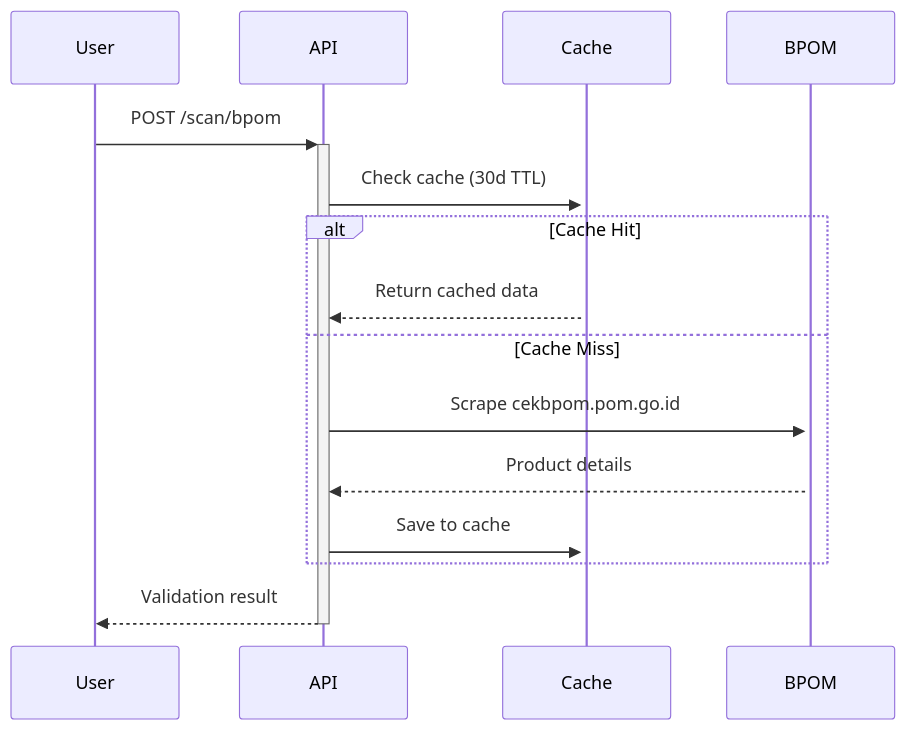
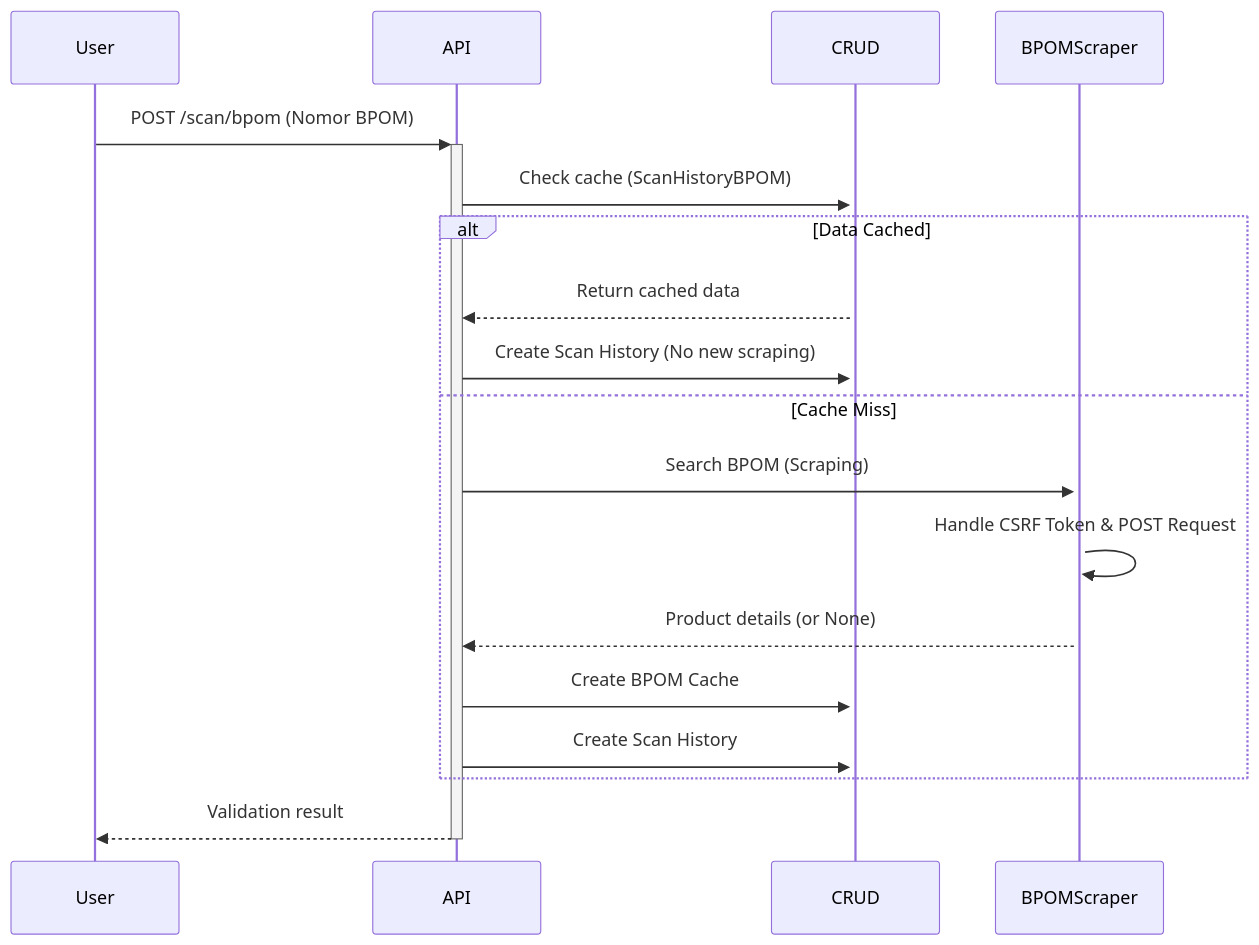
The second of 2 diagrams in README.md (rbwtech/lacak-nutri), drawn with Mermaid before and after one commit. The commit also changed other lines of this file, not shown here.

````diff
--- a/README.md
+++ b/README.md
@@ -124,13 +134,16 @@
 ```mermaid
 sequenceDiagram
-    User->>+API: POST /scan/bpom
-    API->>+Cache: Check cache (30d TTL)
-    alt Cache Hit
-        Cache-->>API: Return cached data
+    User->>+API: POST /scan/bpom (Nomor BPOM)
+    API->>+CRUD: Check cache (ScanHistoryBPOM)
+    alt Data Cached
+        CRUD-->>API: Return cached data
+        API->>CRUD: Create Scan History (No new scraping)
     else Cache Miss
-        API->>+BPOM: Scrape cekbpom.pom.go.id
-        BPOM-->>API: Product details
-        API->>Cache: Save to cache
+        API->>+BPOMScraper: Search BPOM (Scraping)
+        BPOMScraper->>BPOMScraper: Handle CSRF Token & POST Request
+        BPOMScraper-->>API: Product details (or None)
+        API->>CRUD: Create BPOM Cache
+        API->>CRUD: Create Scan History
     end
     API-->>-User: Validation result
 ```
````
